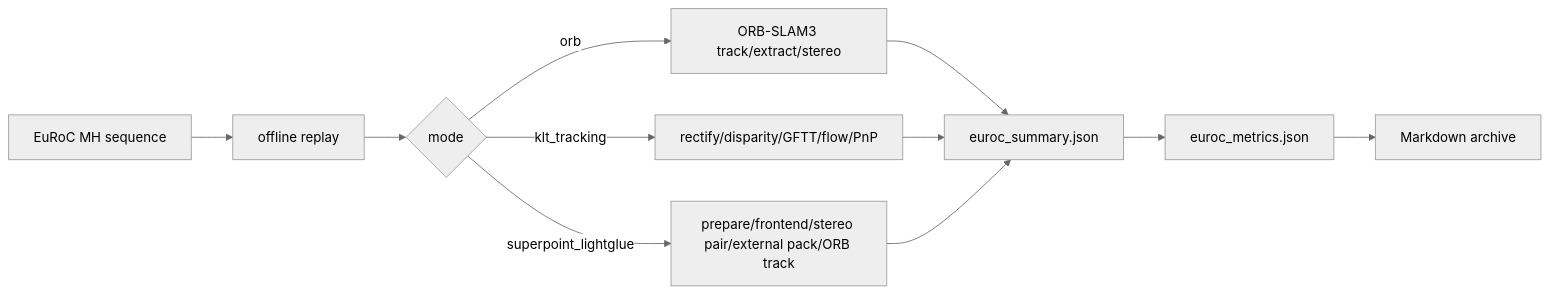
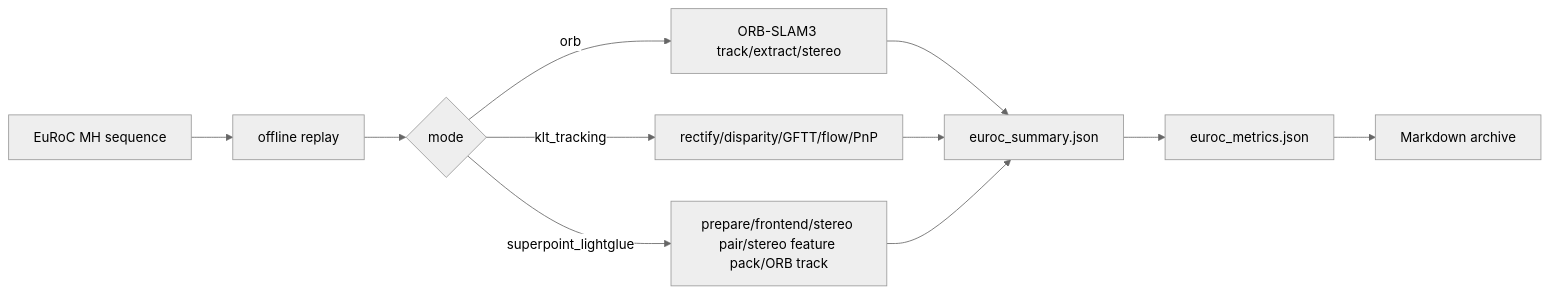
One commit to litingzhang/SmartDrone changed the diagram in docs/jetson_euroc_key_profile_20260503_080401.md. Above: the diagram before and after it, drawn with Mermaid (neutral theme). The commit also changed 173 other files, not shown here.

````diff
--- a/docs/jetson_euroc_key_profile_20260503_080401.md
+++ b/docs/jetson_euroc_key_profile_20260503_080401.md
@@ -12,13 +12,13 @@
 ```mermaid
 flowchart LR
     A[EuRoC MH sequence] --> B[offline replay]
     B --> C{mode}
     C -- orb --> D[ORB-SLAM3 track/extract/stereo]
     C -- klt_tracking --> E[rectify/disparity/GFTT/flow/PnP]
-    C -- superpoint_lightglue --> F[prepare/frontend/stereo pair/external pack/ORB track]
+    C -- superpoint_lightglue --> F[prepare/frontend/stereo pair/stereo feature pack/ORB track]
     D --> G[euroc_summary.json]
     E --> G
     F --> G
     G --> H[euroc_metrics.json]
     H --> I[Markdown archive]
 ```
````
